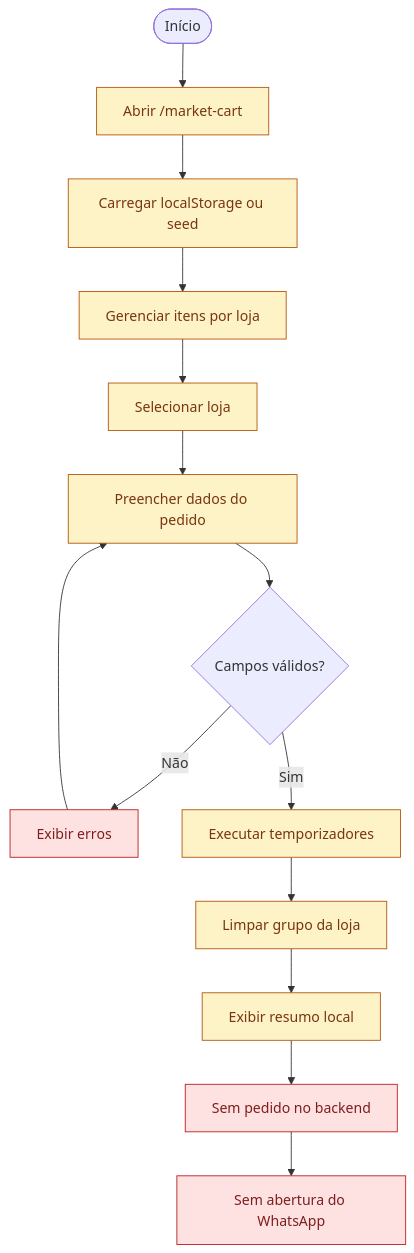
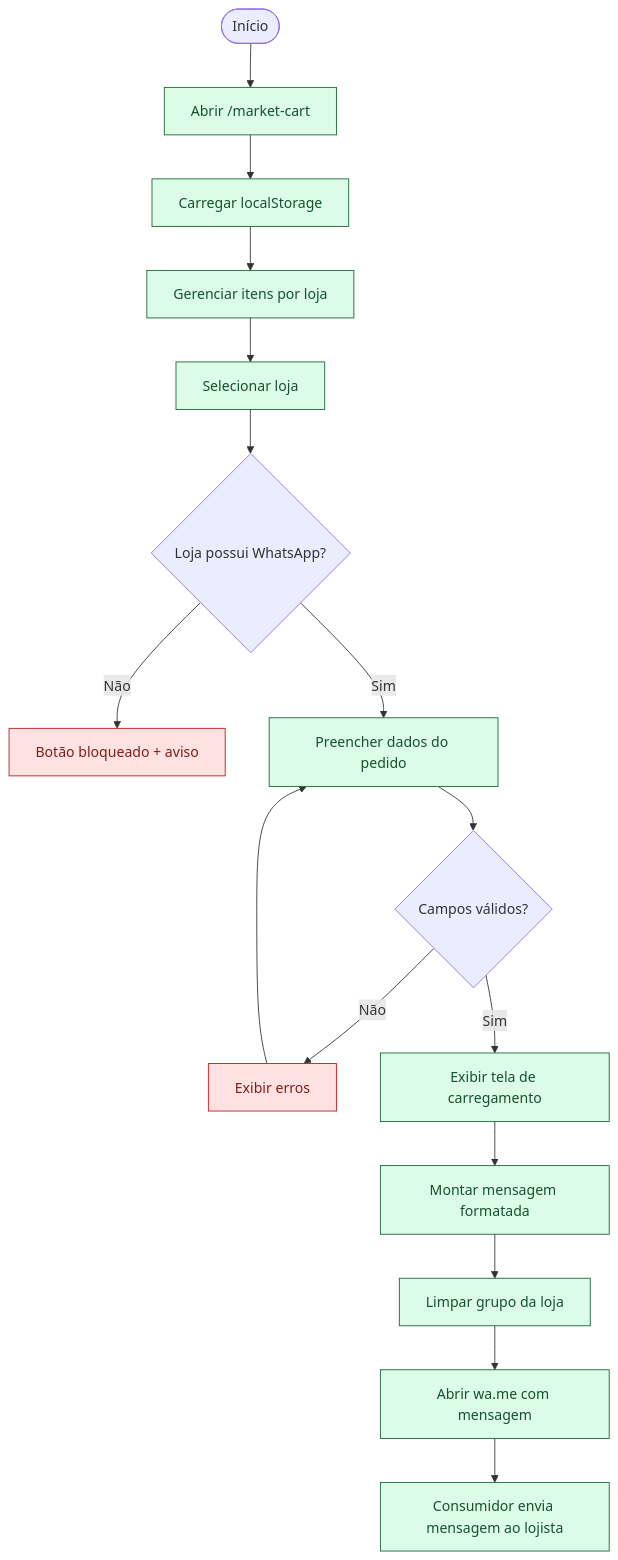
One commit to MailsonSousa88/pedeaqui changed the second of 2 diagrams in docs/diagrams/flows/flow-consumidor.md. Above: the diagram before and after it, drawn with Mermaid. The commit also changed other lines of this file and 5 other files, not shown here.

````diff
--- a/docs/diagrams/flows/flow-consumidor.md
+++ b/docs/diagrams/flows/flow-consumidor.md
@@ -44,22 +44,25 @@
 ```mermaid
 flowchart TD
     start([Início]) --> cart["Abrir /market-cart"]
-    cart --> loadCart["Carregar localStorage ou seed"]
+    cart --> loadCart["Carregar localStorage"]
     loadCart --> manage["Gerenciar itens por loja"]
     manage --> chooseStore["Selecionar loja"]
-    chooseStore --> form["Preencher dados do pedido"]
+    chooseStore --> hasPhone{"Loja possui WhatsApp?"}
+    hasPhone -->|Não| blocked["Botão bloqueado + aviso"]
+    hasPhone -->|Sim| form["Preencher dados do pedido"]
     form --> validForm{"Campos válidos?"}
     validForm -->|Não| formError["Exibir erros"]
     formError --> form
-    validForm -->|Sim| simulation["Executar temporizadores"]
-    simulation --> clearStore["Limpar grupo da loja"]
-    clearStore --> success["Exibir resumo local"]
-    success --> noOrder["Sem pedido no backend"]
-    noOrder --> noWhatsapp["Sem abertura do WhatsApp"]
+    validForm -->|Sim| simulation["Exibir tela de carregamento"]
+    simulation --> buildMessage["Montar mensagem formatada"]
+    buildMessage --> clearStore["Limpar grupo da loja"]
+    clearStore --> openWhatsApp["Abrir wa.me com mensagem"]
+    openWhatsApp --> whatsappChat["Consumidor envia mensagem ao lojista"]
 
+    classDef integrated fill:#dcfce7,stroke:#166534,color:#14532d;
     classDef partial fill:#fef3c7,stroke:#b45309,color:#78350f;
     classDef blocked fill:#fee2e2,stroke:#b91c1c,color:#7f1d1d;
 
-    class cart,loadCart,manage,chooseStore,form,simulation,clearStore,success partial;
-    class formError,noOrder,noWhatsapp blocked;
+    class cart,loadCart,manage,chooseStore,form,simulation,buildMessage,clearStore,openWhatsApp,whatsappChat integrated;
+    class formError,blocked blocked;
 ```
````
